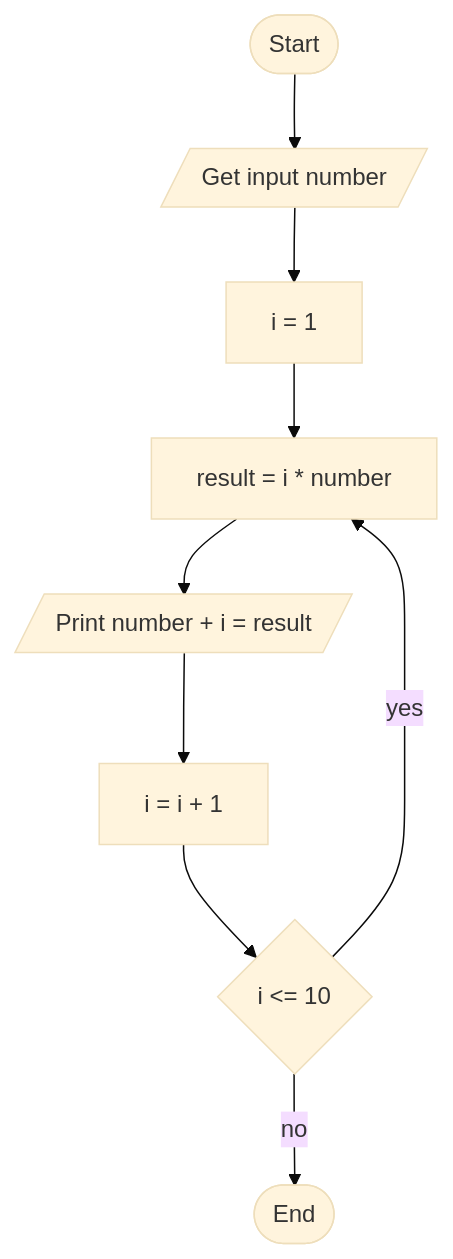
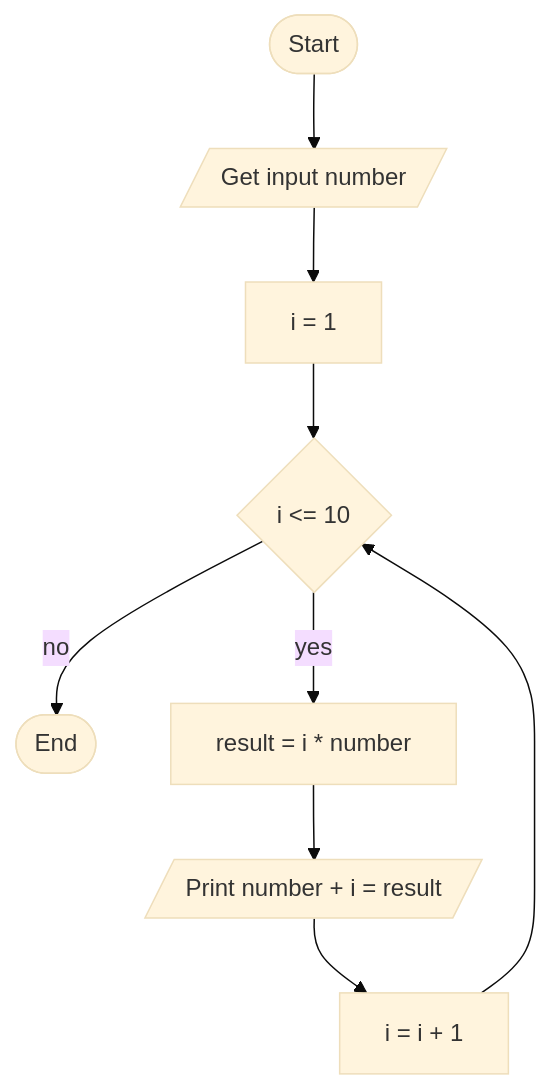
Before and after one commit to AntonHallgren/Lexicon-Workshop-2-Algorithm-and-Flowchart: the second of 9 diagrams in README.md, drawn with Mermaid (base theme). The commit also changed other lines of this file, not shown here.

Commit message:
I fixed a misstake in my flowcharts with loops, the condition chould be checked at the start of the repeated code rather than the end

````diff
--- a/README.md
+++ b/README.md
@@ -61,13 +68,14 @@
 ```mermaid
 flowchart TD
 start([Start]) --> 
 input[/Get input number/] -->
 initCounter[i = 1] -->
+loop{i <= 10} -- no -->
+END([End])
+
+loop -- yes --> 
 initResult[result = i * number] -->
 display[/Print number + i = result/] -->
 incrementCounter[i = i + 1] -->
-loop{i <= 10} -- no -->
-END([End])
-
-loop -- yes --> initResult
+loop
 ```
````
